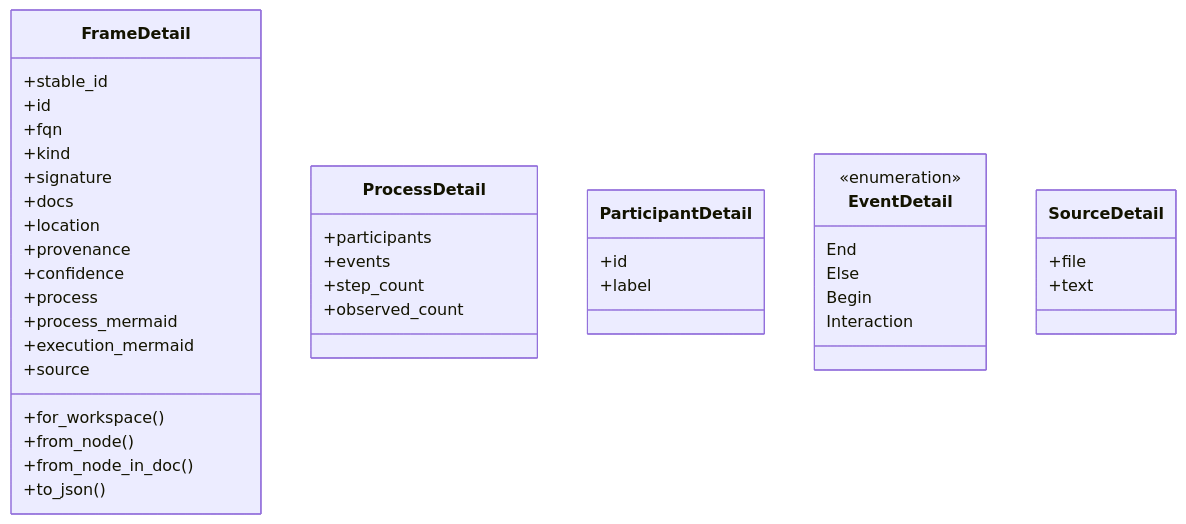
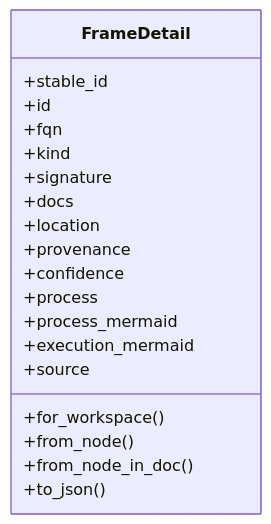
One commit to RyanGuild/self-describing-code changed the first of 3 diagrams in docs/self-model/robby_render/web/index.md. Above: the diagram before and after it, drawn with Mermaid. The commit also changed other lines of this file and 747 other files, not shown here.

````diff
--- a/docs/self-model/robby_render/web/index.md
+++ b/docs/self-model/robby_render/web/index.md
@@ -14,43 +14,22 @@
 ```mermaid
 classDiagram
     class FrameDetail {
         +stable_id
         +id
         +fqn
         +kind
         +signature
         +docs
         +location
         +provenance
         +confidence
         +process
         +process_mermaid
         +execution_mermaid
         +source
         +for_workspace()
         +from_node()
         +from_node_in_doc()
         +to_json()
     }
-    class ProcessDetail {
-        +participants
-        +events
-        +step_count
-        +observed_count
-    }
-    class ParticipantDetail {
-        +id
-        +label
-    }
-    class EventDetail {
-        <<enumeration>>
-        End
-        Else
-        Begin
-        Interaction
-    }
-    class SourceDetail {
-        +file
-        +text
-    }
 ```
````
